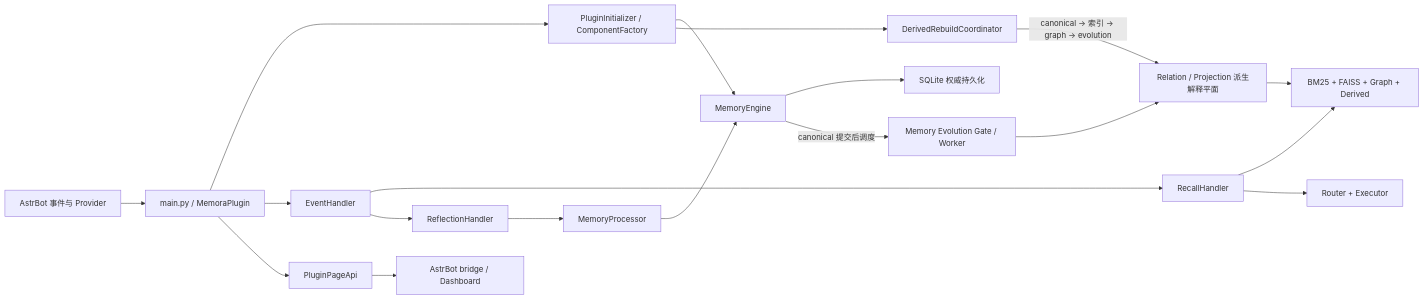
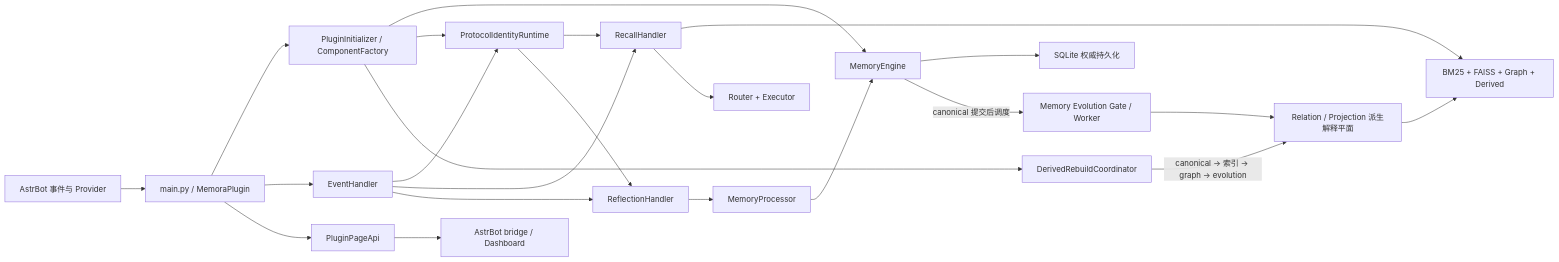
The diagram in AGENTS.md (INSide-734/astrbot_plugin_memora), drawn with Mermaid before and after one commit. The commit also changed other lines of this file and 5 other files, not shown here.

Commit message:
docs(identity): document stable protocol users

````diff
--- a/AGENTS.md
+++ b/AGENTS.md
@@ -11,21 +11,25 @@
 ```mermaid
 flowchart LR
     AstrBot["AstrBot 事件与 Provider"] --> Plugin["main.py / MemoraPlugin"]
     Plugin --> Init["PluginInitializer / ComponentFactory"]
     Plugin --> Events["EventHandler"]
     Plugin --> API["PluginPageApi"]
     Init --> Engine["MemoryEngine"]
+    Init --> Identity["ProtocolIdentityRuntime"]
+    Events --> Identity
+    Identity --> Recall
+    Identity --> Reflect
     Events --> Recall["RecallHandler"]
     Events --> Reflect["ReflectionHandler"]
     Recall --> Retrieval["BM25 + FAISS + Graph + Derived"]
     Recall --> Injection["Router + Executor"]
     Reflect --> Processor["MemoryProcessor"]
     Processor --> Engine
     Engine --> SQLite["SQLite 权威持久化"]
     Engine -->|canonical 提交后调度| Evolution["Memory Evolution Gate / Worker"]
     Evolution --> Derived["Relation / Projection 派生解释平面"]
     Derived --> Retrieval
     Init --> Rebuild["DerivedRebuildCoordinator"]
     Rebuild -->|canonical → 索引 → graph → evolution| Derived
     API --> Dashboard["AstrBot bridge / Dashboard"]
 ```
````
